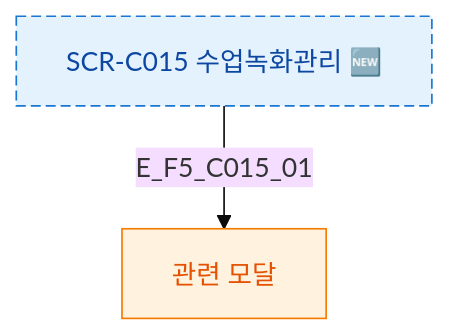
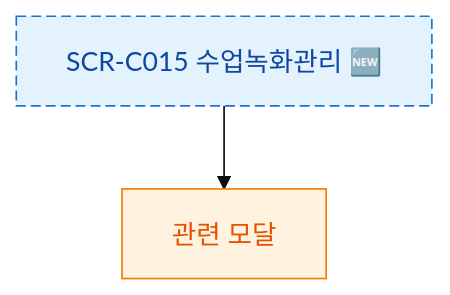
One commit to dev-spogym/admin-pando changed the diagram in docs/다이어그램/D04_수업관리/SCR-C015_수업녹화관리/F5_모달트리거.md. Above: the diagram before and after it, drawn with Mermaid (base theme). The commit also changed other lines of this file and 1660 other files, not shown here.

First line of the commit message:
다이어그램: 기획자/클라이언트 납품본으로 정리

````diff
--- a/docs/다이어그램/D04_수업관리/SCR-C015_수업녹화관리/F5_모달트리거.md
+++ b/docs/다이어그램/D04_수업관리/SCR-C015_수업녹화관리/F5_모달트리거.md
@@ -20,11 +18,11 @@
 ```mermaid
 flowchart TD
   SCR_NODE[SCR-C015 수업녹화관리 🆕]
-  SCR_NODE -->|E_F5_C015_01| DLG[관련 모달]
+  SCR_NODE --> DLG[관련 모달]
   classDef screen fill:#E3F2FD,stroke:#1976D2,color:#0D47A1
   classDef modal fill:#FFF3E0,stroke:#F57C00,color:#E65100
   classDef newFeature fill:#F3E5F5,stroke:#7B1FA2,color:#4A148C,stroke-dasharray:6 3
   class SCR_NODE newFeature
   class SCR_NODE screen
   class DLG modal
 ```
````
